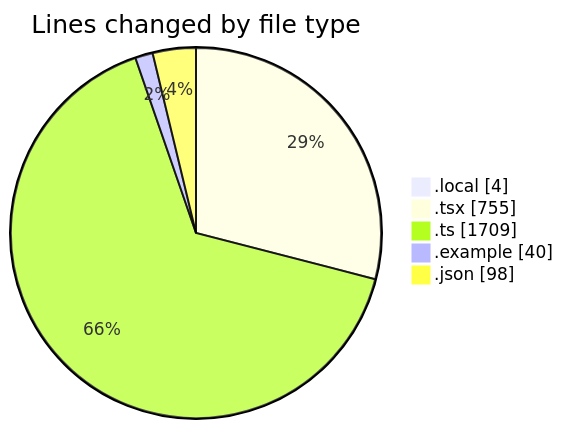
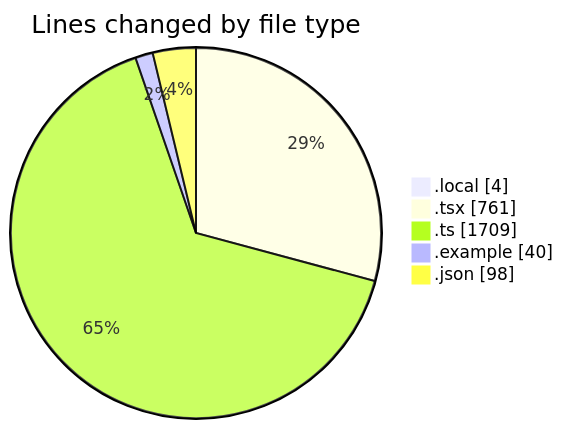
Before and after one commit to julien-gomy/code-tracking: the first of 2 diagrams in 2025-11-20/eventscop-frontend-guide__workspace_/README.md, drawn with Mermaid. The commit also changed other lines of this file and 1 other file, not shown here.

````diff
--- a/2025-11-20/eventscop-frontend-guide__workspace_/README.md
+++ b/2025-11-20/eventscop-frontend-guide__workspace_/README.md
@@ -50,9 +50,9 @@
 ```mermaid
 pie showData
 title Lines changed by file type
 ".local" : 4
-".tsx" : 755
+".tsx" : 761
 ".ts" : 1709
 ".example" : 40
 ".json" : 98
 ```
````
